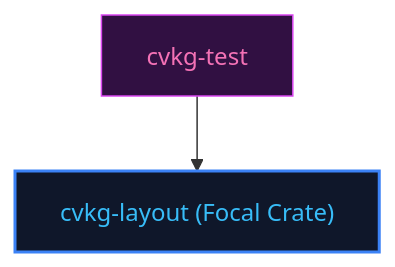
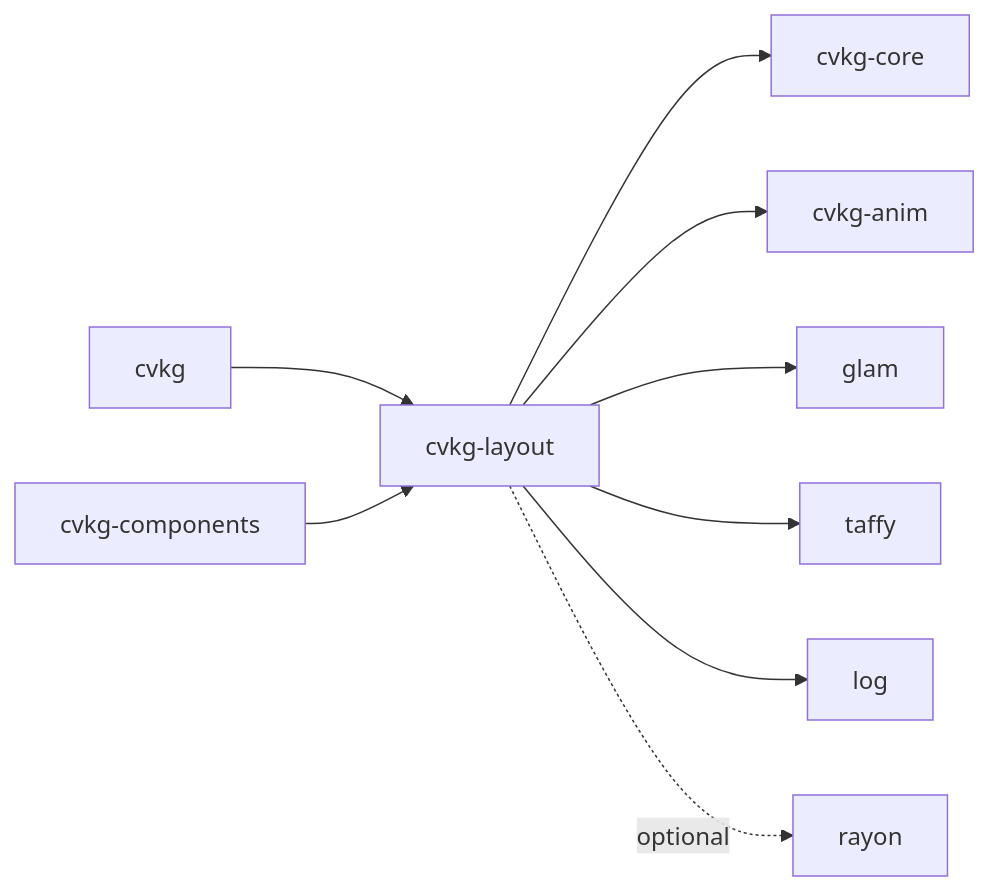
One commit to sydonayrex/cvkg changed the diagram in cvkg-layout/README.md. Above: the diagram before and after it, drawn with Mermaid. The commit also changed other lines of this file and 465 other files, not shown here.

````diff
--- a/cvkg-layout/README.md
+++ b/cvkg-layout/README.md
@@ -11,10 +14,12 @@
 ```mermaid
-graph TD
-    cvkg-layout["cvkg-layout (Focal Crate)"]
-    cvkg-test["cvkg-test"]
-    cvkg-test --> cvkg-layout
-    classDef focal fill:#0f172a,stroke:#3b82f6,color:#38bdf8,stroke-width:2px
-    classDef sibling fill:#311042,stroke:#d946ef,color:#f472b6,stroke-width:1px
-    class cvkg-layout focal
-    class cvkg-test sibling
+graph LR
+    cvkg-layout --> cvkg-core
+    cvkg-layout --> cvkg-anim
+    cvkg-layout --> glam
+    cvkg-layout --> taffy
+    cvkg-layout --> log
+    cvkg-layout -. optional .-> rayon
+
+    cvkg --> cvkg-layout
+    cvkg-components --> cvkg-layout
 ```
````
